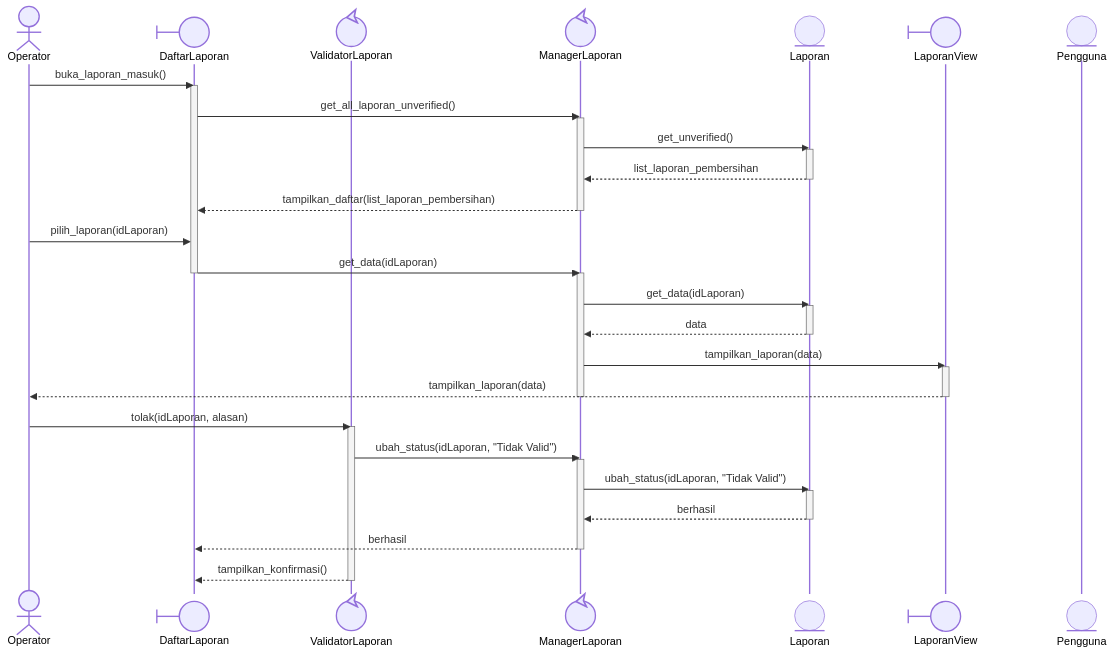
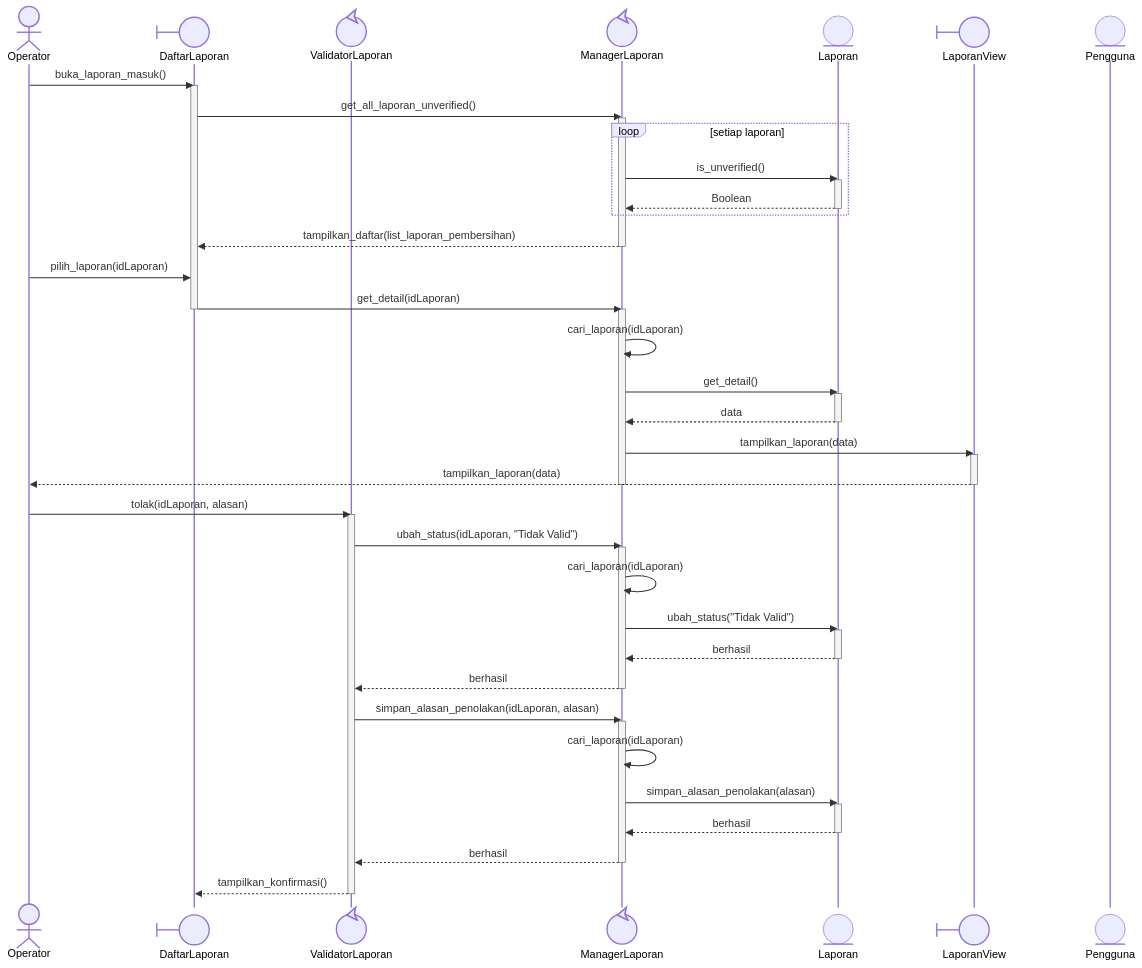
Diagram 20 of 29 in docs/M8/K03_G02_DPPL2.md (star-scripter/IF2150-RPL-K03-G02), drawn with Mermaid before and after one commit. The commit also changed other lines of this file, not shown here.

````diff
--- a/docs/M8/K03_G02_DPPL2.md
+++ b/docs/M8/K03_G02_DPPL2.md
@@ -1121,51 +1164,65 @@
 ```mermaid
 %%{init: {'themeCSS': '.actor-line { stroke-dasharray: 4, 4; }'}}%%
 sequenceDiagram
     actor O as Operator
     participant DL@{"type":"boundary"} as DaftarLaporan
     participant VL@{"type":"control"} as ValidatorLaporan
     participant ML@{"type":"control"} as ManagerLaporan
     participant L@{"type":"entity"} as Laporan
     participant LV@{"type":"boundary"} as LaporanView
     participant P@{"type":"entity"} as Pengguna
 
     O->>DL: buka_laporan_masuk()
     activate DL
     DL->>ML: get_all_laporan_unverified()
     activate ML
-    ML->>L: get_unverified()
-    activate L
-    L-->>ML: list_laporan_pembersihan
-    deactivate L
+    loop setiap laporan
+        ML->>L: is_unverified()
+        activate L
+        L-->>ML: Boolean
+        deactivate L
+    end
     ML-->>DL: tampilkan_daftar(list_laporan_pembersihan)
     deactivate ML
 
     O->>DL: pilih_laporan(idLaporan)
-    DL->>ML: get_data(idLaporan)
+    DL->>ML: get_detail(idLaporan)
     deactivate DL
     activate ML
-    ML->>L: get_data(idLaporan)
+    ML->>ML: cari_laporan(idLaporan)
+    ML->>L: get_detail()
     activate L
     L-->>ML: data
     deactivate L
     ML->>LV: tampilkan_laporan(data)
     activate LV
     LV-->>O: tampilkan_laporan(data)
     deactivate LV
     deactivate ML
 
     O->>VL: tolak(idLaporan, alasan)
     activate VL
     VL->>ML: ubah_status(idLaporan, "Tidak Valid")
     activate ML
-    ML->>L: ubah_status(idLaporan, "Tidak Valid")
+    ML->>ML: cari_laporan(idLaporan)
+    ML->>L: ubah_status("Tidak Valid")
     activate L
     L-->>ML: berhasil
     deactivate L
-    ML-->>DL: berhasil
+    ML-->>VL: berhasil
+    deactivate ML
+
+    VL->>ML: simpan_alasan_penolakan(idLaporan, alasan)
+    activate ML
+    ML->>ML: cari_laporan(idLaporan)
+    ML->>L: simpan_alasan_penolakan(alasan)
+    activate L
+    L-->>ML: berhasil
+    deactivate L
+    ML-->>VL: berhasil
     deactivate ML
 
 
     VL-->>DL: tampilkan_konfirmasi()
     deactivate VL
 ```
````
